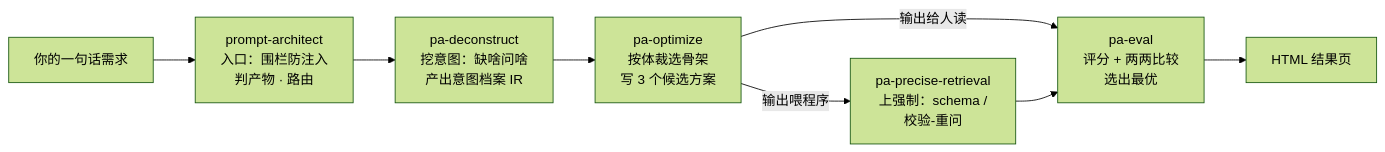
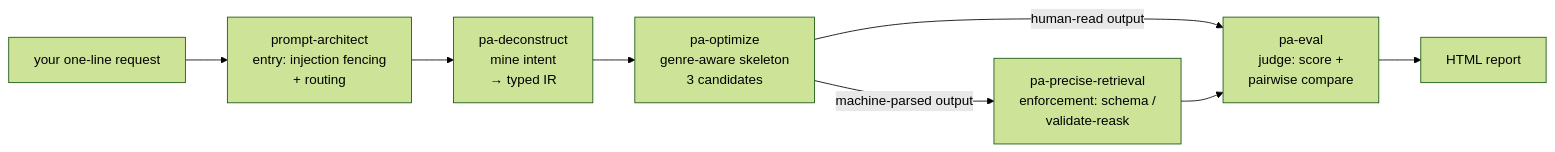
The first of 3 diagrams in README.md (Cy4nLiang/prompt-architect), drawn with Mermaid (forest theme) before and after one commit. The commit also changed other lines of this file and 14 other files, not shown here.

````diff
--- a/README.md
+++ b/README.md
@@ -151,9 +143,9 @@
 ```mermaid
 flowchart LR
-    A["你的一句话需求"] --> B["prompt-architect<br/>入口：围栏防注入<br/>判产物 · 路由"]
-    B --> C["pa-deconstruct<br/>挖意图：缺啥问啥<br/>产出意图档案 IR"]
-    C --> D["pa-optimize<br/>按体裁选骨架<br/>写 3 个候选方案"]
-    D -->|输出给人读| E["pa-eval<br/>评分 + 两两比较<br/>选出最优"]
-    D -->|输出喂程序| G["pa-precise-retrieval<br/>上强制：schema /<br/>校验-重问"] --> E
-    E --> H["HTML 结果页"]
+    A["your one-line request"] --> B["prompt-architect<br/>entry: injection fencing<br/>+ routing"]
+    B --> C["pa-deconstruct<br/>mine intent<br/>→ typed IR"]
+    C --> D["pa-optimize<br/>genre-aware skeleton<br/>3 candidates"]
+    D -->|human-read output| E["pa-eval<br/>judge: score +<br/>pairwise compare"]
+    D -->|machine-parsed output| G["pa-precise-retrieval<br/>enforcement: schema /<br/>validate-reask"] --> E
+    E --> H["HTML report"]
 ```
````
